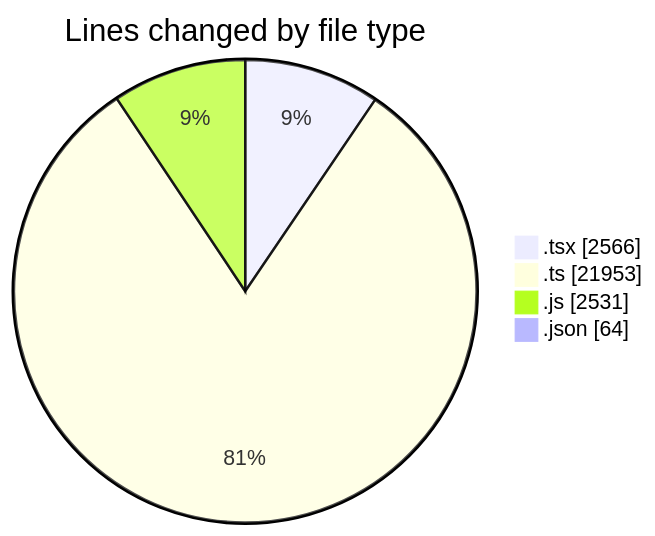
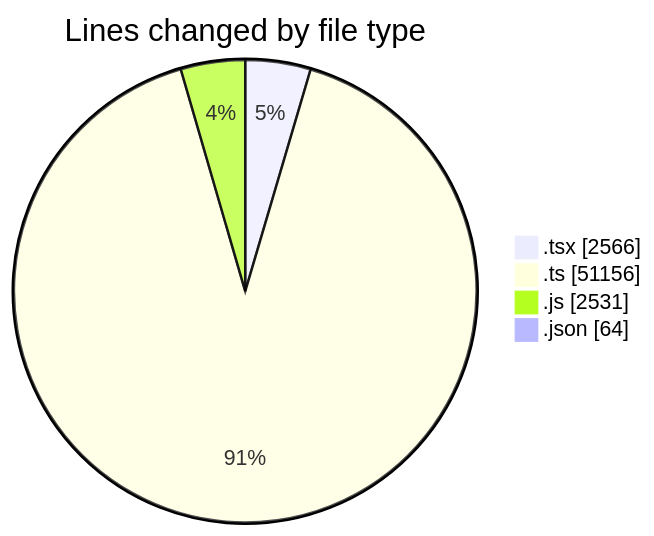
Before and after one commit to momahboobian/code-tracking: the first of 2 diagrams in 2026-07-30/cda/README.md, drawn with Mermaid. The commit also changed other lines of this file and 1 other file, not shown here.

````diff
--- a/2026-07-30/cda/README.md
+++ b/2026-07-30/cda/README.md
@@ -50,8 +52,8 @@
 ```mermaid
 pie showData
 title Lines changed by file type
 ".tsx" : 2566
-".ts" : 21953
+".ts" : 51156
 ".js" : 2531
 ".json" : 64
 ```
````
